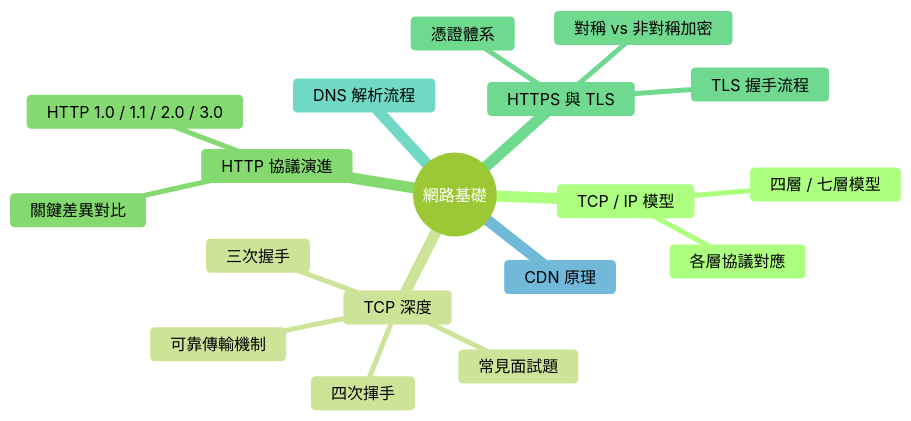
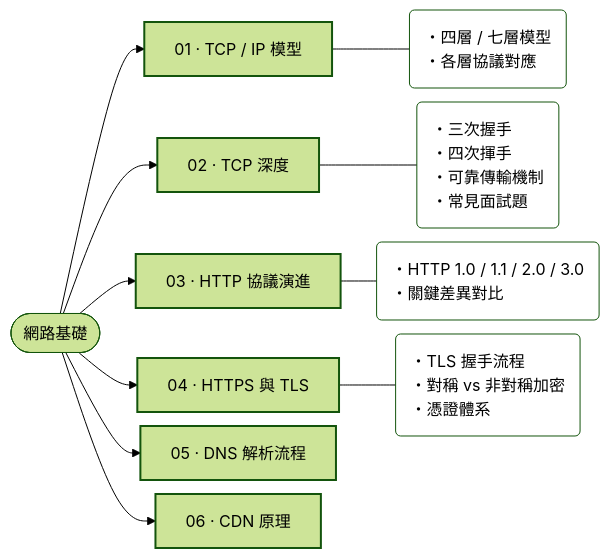
One commit to AnthonyFuFu/StudyNotes changed the diagram in docs/network-security/network/index.md. Above: the diagram before and after it, drawn with Mermaid (forest theme). The commit also changed 43 other files, not shown here.

````diff
--- a/docs/network-security/network/index.md
+++ b/docs/network-security/network/index.md
@@ -13,21 +13,29 @@
 ``` mermaid
-mindmap
-  root((網路基礎))
-    TCP / IP 模型
-      四層 / 七層模型
-      各層協議對應
-    TCP 深度
-      三次握手
-      四次揮手
-      可靠傳輸機制
-      常見面試題
-    HTTP 協議演進
-      HTTP 1.0 / 1.1 / 2.0 / 3.0
-      關鍵差異對比
-    HTTPS 與 TLS
-      TLS 握手流程
-      對稱 vs 非對稱加密
-      憑證體系
-    DNS 解析流程
-    CDN 原理
+%%{init: {"flowchart": {"nodeSpacing": 14, "rankSpacing": 36, "wrappingWidth": 420}}}%%
+flowchart LR
+    R(["網路基礎"])
+    c0["01 · TCP / IP 模型"]
+    R --> c0
+    p0("・四層 / 七層模型<br>・各層協議對應")
+    c0 --- p0
+    c1["02 · TCP 深度"]
+    R --> c1
+    p1("・三次握手<br>・四次揮手<br>・可靠傳輸機制<br>・常見面試題")
+    c1 --- p1
+    c2["03 · HTTP 協議演進"]
+    R --> c2
+    p2("・HTTP 1.0 / 1.1 / 2.0 / 3.0<br>・關鍵差異對比")
+    c2 --- p2
+    c3["04 · HTTPS 與 TLS"]
+    R --> c3
+    p3("・TLS 握手流程<br>・對稱 vs 非對稱加密<br>・憑證體系")
+    c3 --- p3
+    c4["05 · DNS 解析流程"]
+    R --> c4
+    c5["06 · CDN 原理"]
+    R --> c5
+    classDef chapter stroke-width:2px
+    classDef points fill:transparent,text-align:left
+    class c0,c1,c2,c3,c4,c5 chapter
+    class p0,p1,p2,p3 points
 ```
````
